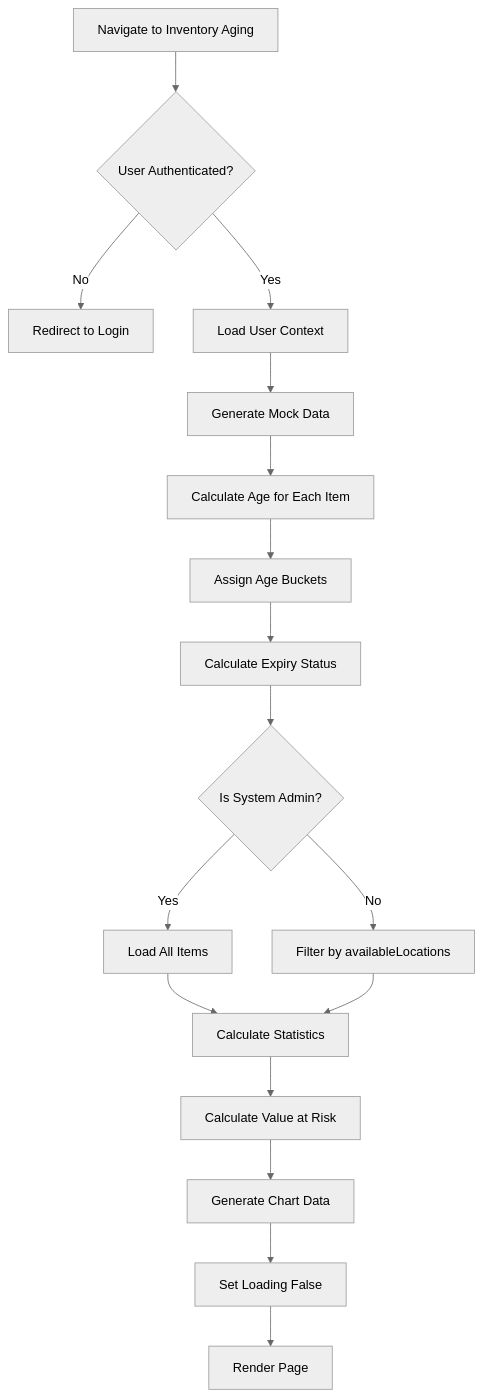
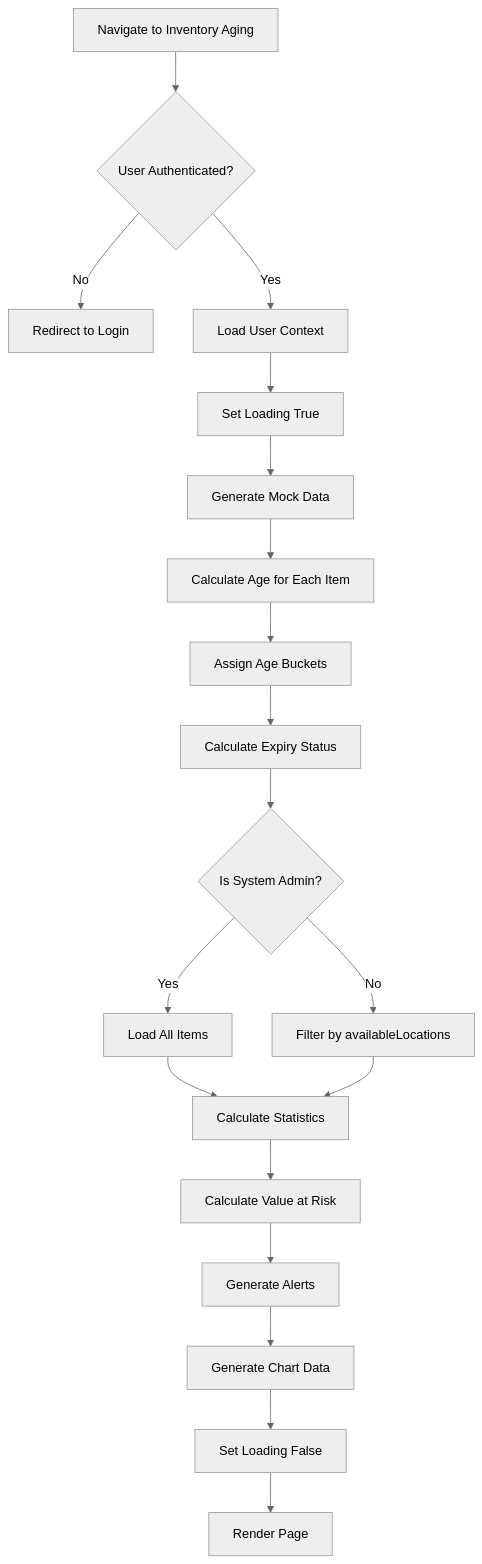
Before and after one commit to PeakMNA/carmen: the first of 23 diagrams in docs/app/inventory-management/stock-overview/inventory-aging/FD-inventory-aging.md, drawn with Mermaid (neutral theme). The commit also changed other lines of this file and 473 other files, not shown here.

````diff
--- a/docs/app/inventory-management/stock-overview/inventory-aging/FD-inventory-aging.md
+++ b/docs/app/inventory-management/stock-overview/inventory-aging/FD-inventory-aging.md
@@ -15,19 +22,21 @@
 ```mermaid
-flowchart TD
+graph TD
     A[Navigate to Inventory Aging] --> B{User Authenticated?}
     B -->|No| C[Redirect to Login]
     B -->|Yes| D[Load User Context]
-    D --> E[Generate Mock Data]
-    E --> F[Calculate Age for Each Item]
-    F --> G[Assign Age Buckets]
-    G --> H[Calculate Expiry Status]
-    H --> I{Is System Admin?}
-    I -->|Yes| J[Load All Items]
-    I -->|No| K[Filter by availableLocations]
-    J --> L[Calculate Statistics]
-    K --> L
-    L --> M[Calculate Value at Risk]
-    M --> N[Generate Chart Data]
-    N --> O[Set Loading False]
-    O --> P[Render Page]
+    D --> E[Set Loading True]
+    E --> F[Generate Mock Data]
+    F --> G[Calculate Age for Each Item]
+    G --> H[Assign Age Buckets]
+    H --> I[Calculate Expiry Status]
+    I --> J{Is System Admin?}
+    J -->|Yes| K[Load All Items]
+    J -->|No| L[Filter by availableLocations]
+    K --> M[Calculate Statistics]
+    L --> M
+    M --> N[Calculate Value at Risk]
+    N --> O[Generate Alerts]
+    O --> P[Generate Chart Data]
+    P --> Q[Set Loading False]
+    Q --> R[Render Page]
 ```
````
